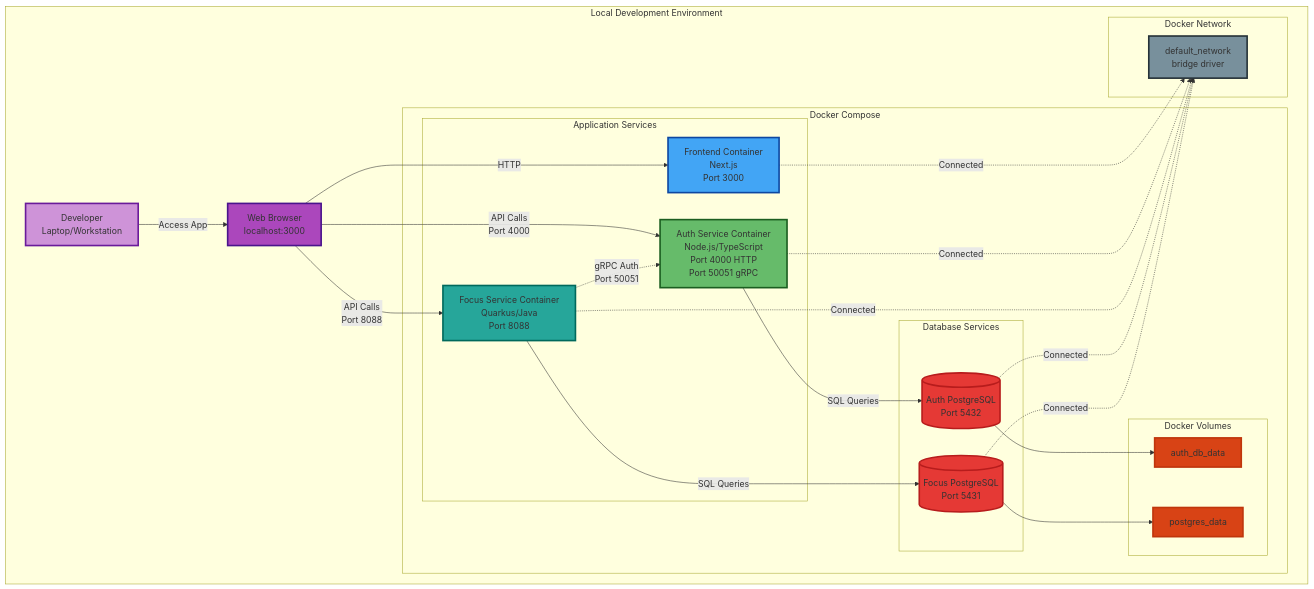
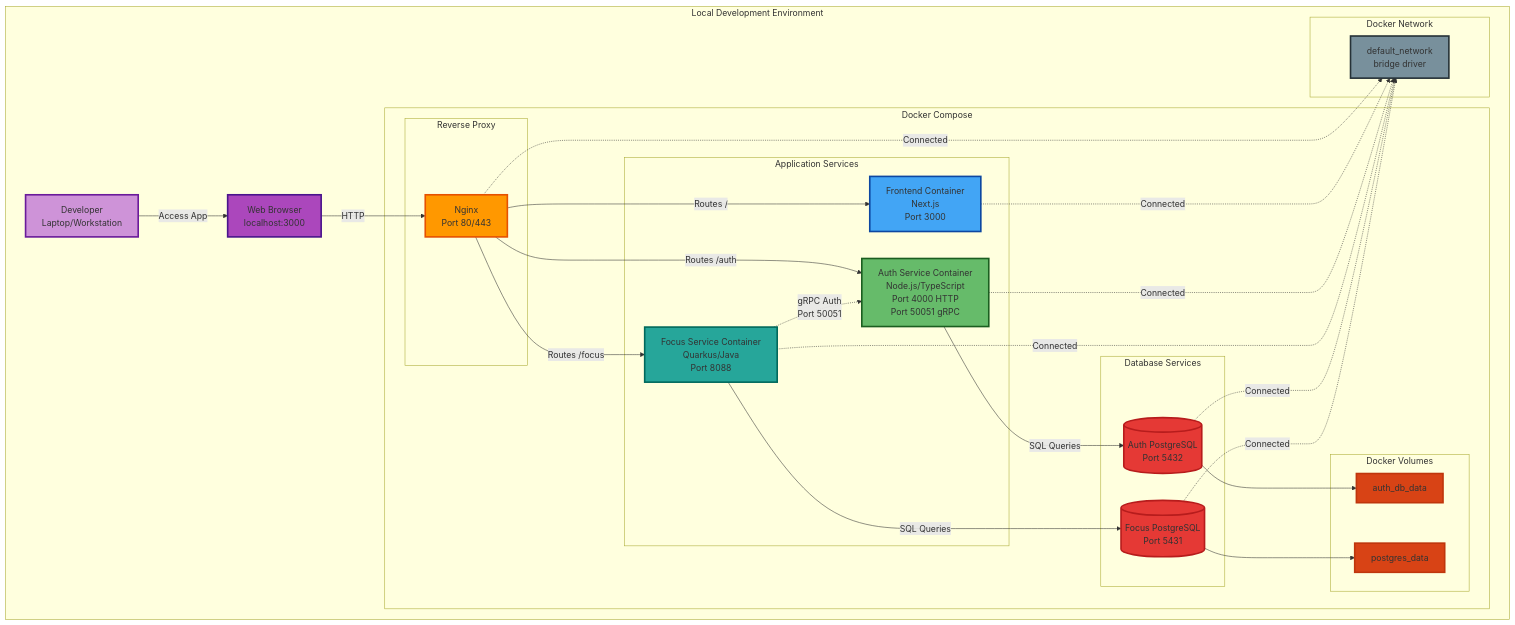
The second of 3 diagrams in architecture.md (CloudNativeDevelopmentTeamH/infra), drawn with Mermaid before and after one commit.

Commit message:
add missing part

````diff
--- a/architecture.md
+++ b/architecture.md
@@ -107,68 +107,75 @@
 ```mermaid
 graph TB
     subgraph Developer["Local Development Environment"]
         Dev[Developer<br/>Laptop/Workstation]
         Browser[Web Browser<br/>localhost:3000]
 
         subgraph Docker["Docker Compose"]
+            subgraph Proxy["Reverse Proxy"]
+                Nginx[Nginx<br/>Port 80/443]
+            end
+            
             subgraph Services["Application Services"]
                 LocalFrontend[Frontend Container<br/>Next.js<br/>Port 3000]
                 LocalAuth[Auth Service Container<br/>Node.js/TypeScript<br/>Port 4000 HTTP<br/>Port 50051 gRPC]
                 LocalFocus[Focus Service Container<br/>Quarkus/Java<br/>Port 8088]
             end
 
             subgraph Databases["Database Services"]
                 LocalAuthDB[(Auth PostgreSQL<br/>Port 5432)]
                 LocalFocusDB[(Focus PostgreSQL<br/>Port 5431)]
             end
 
             subgraph Volumes["Docker Volumes"]
                 AuthData[auth_db_data]
                 FocusData[postgres_data]
             end
         end
 
         subgraph Network["Docker Network"]
             Bridge[default_network<br/>bridge driver]
         end
     end
 
     %% Developer workflow
     Dev -->|Access App| Browser
 
     %% User flows
-    Browser -->|HTTP| LocalFrontend
-
-    %% Browser to services
-    Browser -->|API Calls<br/>Port 4000| LocalAuth
-    Browser -->|API Calls<br/>Port 8088| LocalFocus
+    Browser -->|HTTP| Nginx
+    
+    %% Nginx routing
+    Nginx -->|Routes /| LocalFrontend
+    Nginx -->|Routes /auth| LocalAuth
+    Nginx -->|Routes /focus| LocalFocus
 
     %% Service communication
     LocalFocus -.->|gRPC Auth<br/>Port 50051| LocalAuth
 
     %% Database connections
     LocalAuth -->|SQL Queries| LocalAuthDB
     LocalFocus -->|SQL Queries| LocalFocusDB
 
     %% Storage
     LocalAuthDB --> AuthData
     LocalFocusDB --> FocusData
 
     %% Network
+    Nginx -.->|Connected| Bridge
     LocalFrontend -.->|Connected| Bridge
     LocalAuth -.->|Connected| Bridge
     LocalFocus -.->|Connected| Bridge
     LocalAuthDB -.->|Connected| Bridge
     LocalFocusDB -.->|Connected| Bridge
 
     style Dev fill:#ce93d8,stroke:#6a1b9a,stroke-width:3px
     style Browser fill:#ab47bc,stroke:#4a148c,stroke-width:3px
+    style Nginx fill:#ff9800,stroke:#e65100,stroke-width:3px
     style LocalFrontend fill:#42a5f5,stroke:#0d47a1,stroke-width:3px
     style LocalAuth fill:#66bb6a,stroke:#1b5e20,stroke-width:3px
     style LocalFocus fill:#26a69a,stroke:#00695c,stroke-width:3px
     style LocalAuthDB fill:#e53935,stroke:#b71c1c,stroke-width:3px
     style LocalFocusDB fill:#e53935,stroke:#b71c1c,stroke-width:3px
     style AuthData fill:#d84315,stroke:#bf360c,stroke-width:3px
     style FocusData fill:#d84315,stroke:#bf360c,stroke-width:3px
     style Bridge fill:#78909c,stroke:#263238,stroke-width:3px
 ```
````
